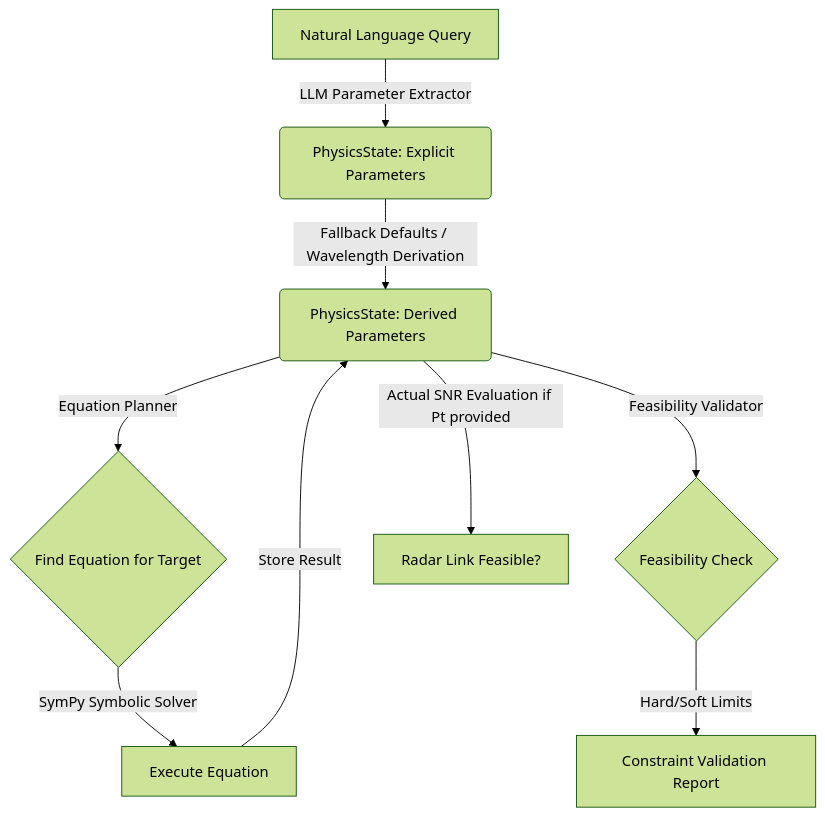
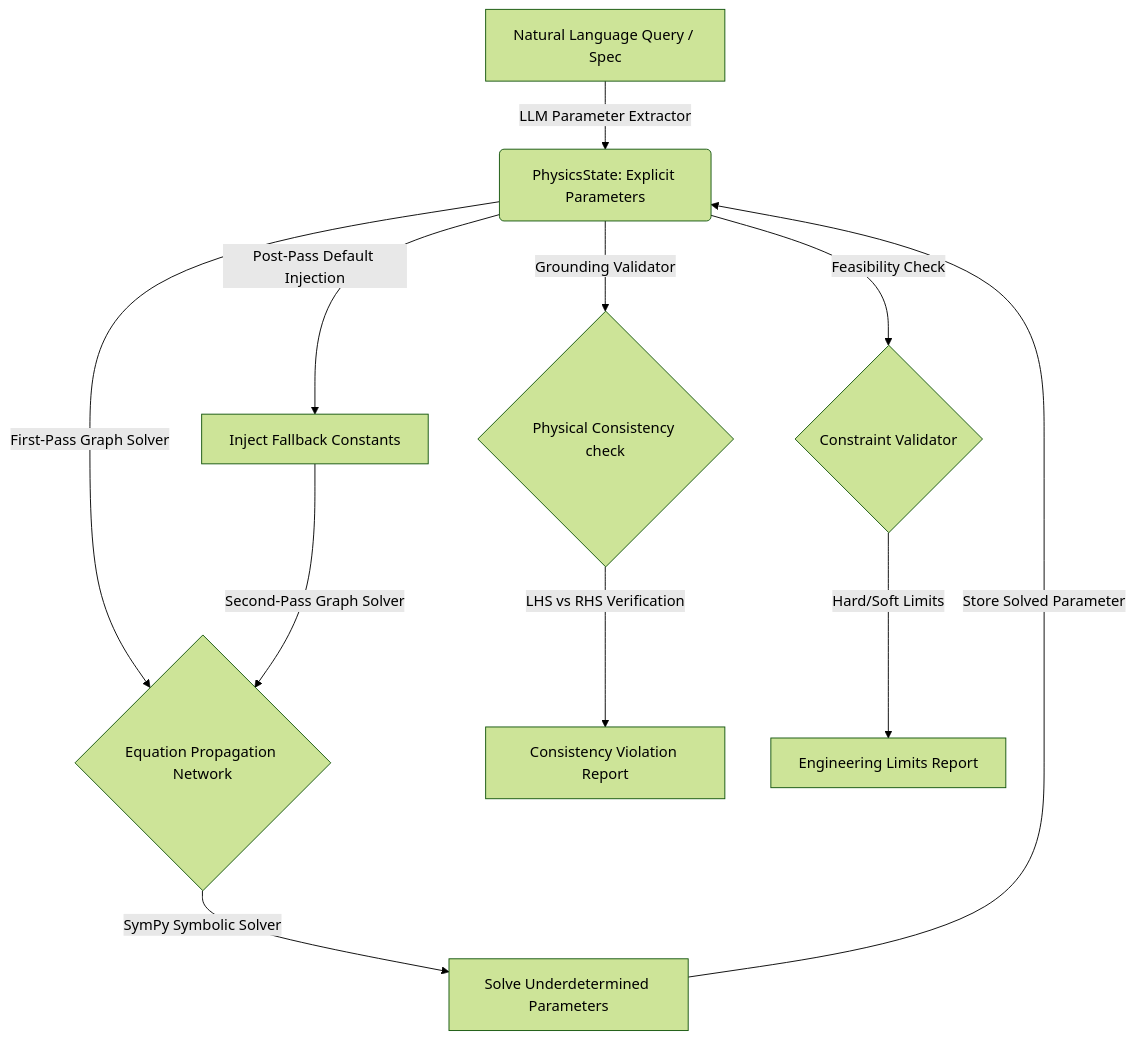
Before and after one commit to datakreat/PDAL: the diagram in README.md, drawn with Mermaid (forest theme). The commit also changed other lines of this file and 17 other files, not shown here.

Commit message:
Add physical constants and kinematics/circuits families; enhance LLM extraction parsing

````diff
--- a/README.md
+++ b/README.md
@@ -13,11 +11,13 @@
 ```mermaid
 graph TD
-    A[Natural Language Query] -->|LLM Parameter Extractor| B(PhysicsState: Explicit Parameters)
-    B -->|Fallback Defaults / Wavelength Derivation| C(PhysicsState: Derived Parameters)
-    C -->|Equation Planner| D{Find Equation for Target}
-    D -->|SymPy Symbolic Solver| E[Execute Equation]
-    E -->|Store Result| C
-    C -->|Feasibility Validator| F{Feasibility Check}
-    F -->|Hard/Soft Limits| G[Constraint Validation Report]
-    C -->|Actual SNR Evaluation if Pt provided| H[Radar Link Feasible?]
+    A[Natural Language Query / Spec] -->|LLM Parameter Extractor| B(PhysicsState: Explicit Parameters)
+    B -->|First-Pass Graph Solver| C{Equation Propagation Network}
+    C -->|SymPy Symbolic Solver| D[Solve Underdetermined Parameters]
+    D -->|Store Solved Parameter| B
+    B -->|Post-Pass Default Injection| E[Inject Fallback Constants]
+    E -->|Second-Pass Graph Solver| C
+    B -->|Grounding Validator| F{Physical Consistency check}
+    F -->|LHS vs RHS Verification| G[Consistency Violation Report]
+    B -->|Feasibility Check| H{Constraint Validator}
+    H -->|Hard/Soft Limits| I[Engineering Limits Report]
 ```
````
